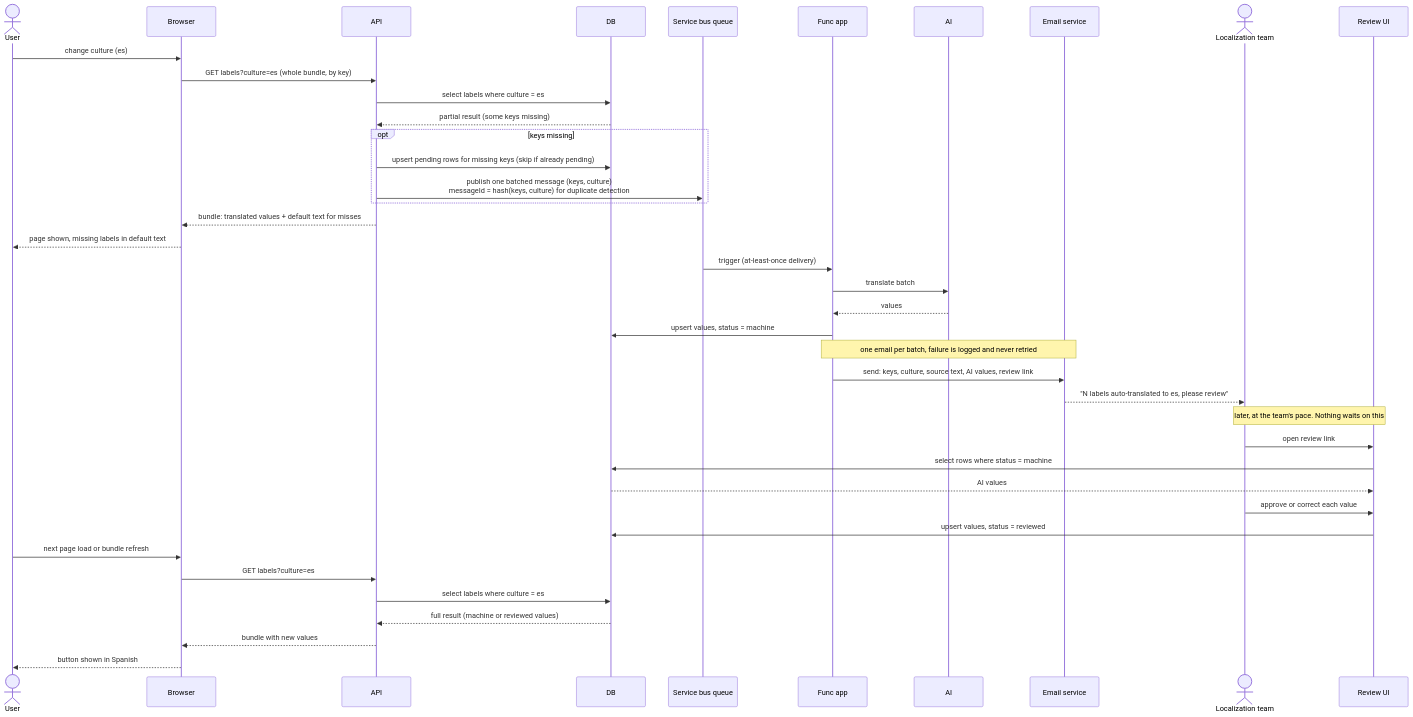
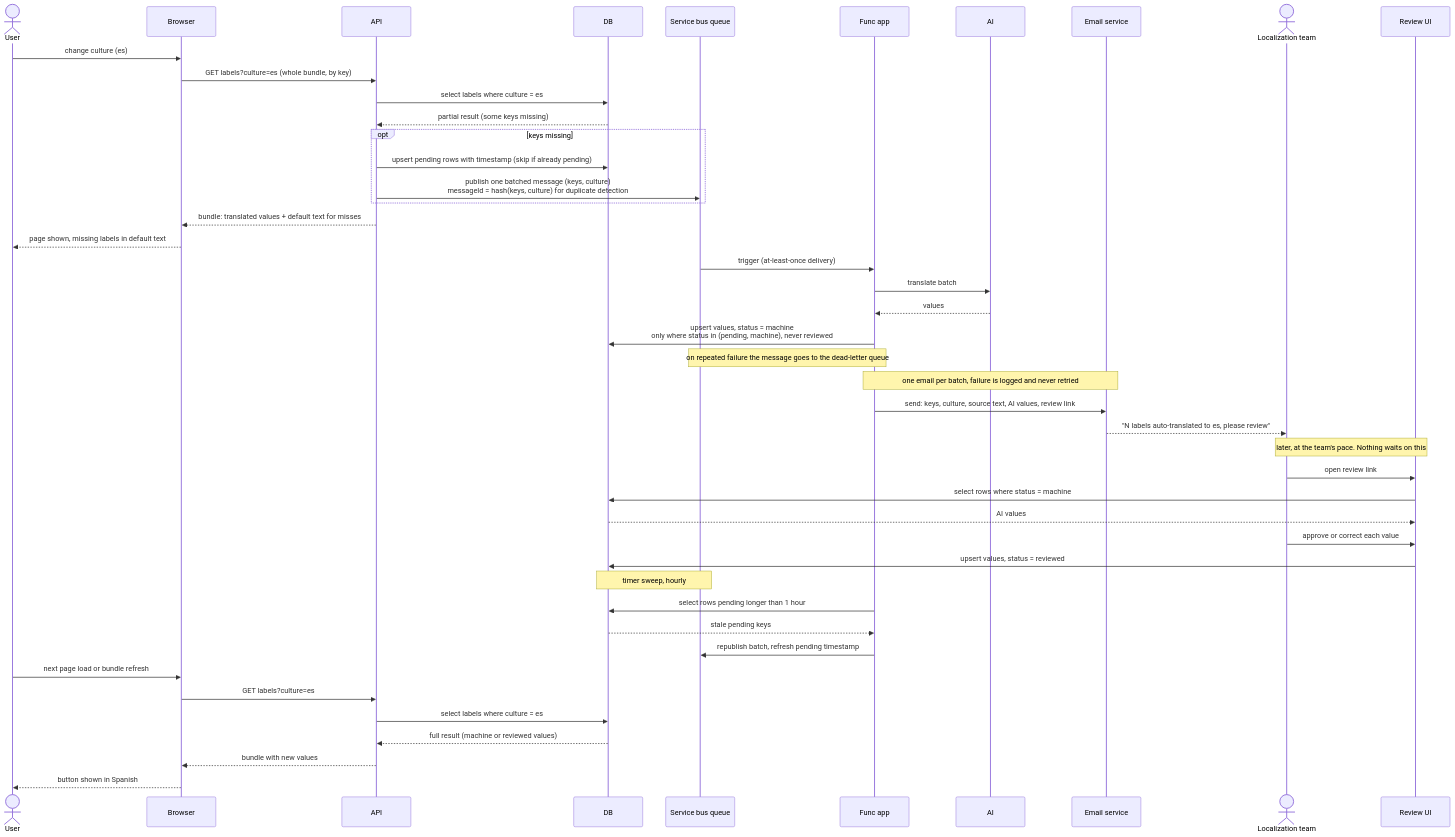
One commit to rishabh7g/localization-proposal changed the diagram in v2/label-localization-sequence.md. Above: the diagram before and after it, drawn with Mermaid. The commit also changed other lines of this file and 1 other file, not shown here.

Commit message:
v2: guard AI upsert against reviewed rows, sweep stale pending rows

````diff
--- a/v2/label-localization-sequence.md
+++ b/v2/label-localization-sequence.md
@@ -22,49 +28,56 @@
 ```mermaid
 sequenceDiagram
     actor User
     participant Browser
     participant API
     participant DB
     participant Queue as Service bus queue
     participant Func as Func app
     participant AI
     participant Email as Email service
     actor Team as Localization team
     participant Review as Review UI
 
     User->>Browser: change culture (es)
     Browser->>API: GET labels?culture=es (whole bundle, by key)
     API->>DB: select labels where culture = es
     DB-->>API: partial result (some keys missing)
 
     opt keys missing
-        API->>DB: upsert pending rows for missing keys (skip if already pending)
+        API->>DB: upsert pending rows with timestamp (skip if already pending)
         API->>Queue: publish one batched message (keys, culture)<br/>messageId = hash(keys, culture) for duplicate detection
     end
 
     API-->>Browser: bundle: translated values + default text for misses
     Browser-->>User: page shown, missing labels in default text
 
     Queue->>Func: trigger (at-least-once delivery)
     Func->>AI: translate batch
     AI-->>Func: values
-    Func->>DB: upsert values, status = machine
+    Func->>DB: upsert values, status = machine<br/>only where status in (pending, machine), never reviewed
+
+    Note over Queue,Func: on repeated failure the message goes to the dead-letter queue
 
     Note over Func,Email: one email per batch, failure is logged and never retried
     Func->>Email: send: keys, culture, source text, AI values, review link
     Email-->>Team: "N labels auto-translated to es, please review"
 
     Note over Team,Review: later, at the team's pace. Nothing waits on this
     Team->>Review: open review link
     Review->>DB: select rows where status = machine
     DB-->>Review: AI values
     Team->>Review: approve or correct each value
     Review->>DB: upsert values, status = reviewed
 
+    Note over DB,Queue: timer sweep, hourly
+    Func->>DB: select rows pending longer than 1 hour
+    DB-->>Func: stale pending keys
+    Func->>Queue: republish batch, refresh pending timestamp
+
     User->>Browser: next page load or bundle refresh
     Browser->>API: GET labels?culture=es
     API->>DB: select labels where culture = es
     DB-->>API: full result (machine or reviewed values)
     API-->>Browser: bundle with new values
     Browser-->>User: button shown in Spanish
 ```
````
